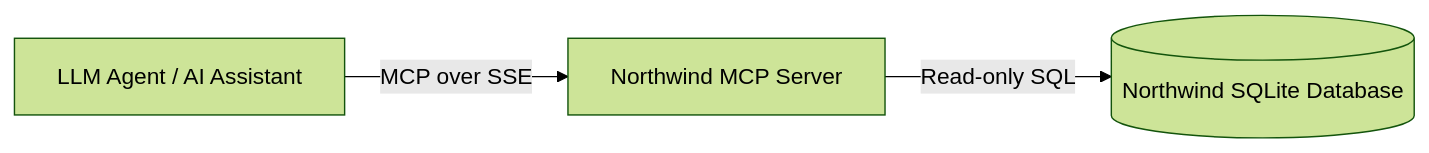
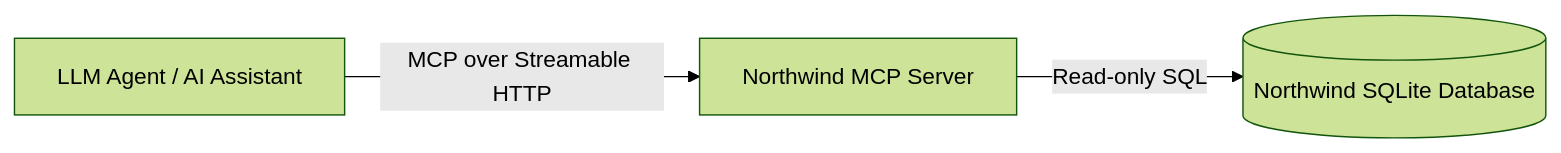
One commit to sbennet2k/northwind-mcp changed the first of 2 diagrams in README.md. Above: the diagram before and after it, drawn with Mermaid (forest theme). The commit also changed other lines of this file and 2 other files, not shown here.

Commit message:
streamable_http_app changes

````diff
--- a/README.md
+++ b/README.md
@@ -50,9 +50,9 @@
 ```mermaid
 flowchart LR
     User[LLM Agent / AI Assistant]
     MCP[Northwind MCP Server]
     DB[(Northwind SQLite Database)]
 
-    User -->|MCP over SSE| MCP
+    User -->|MCP over Streamable HTTP| MCP
     MCP -->|Read-only SQL| DB
 ```
````
